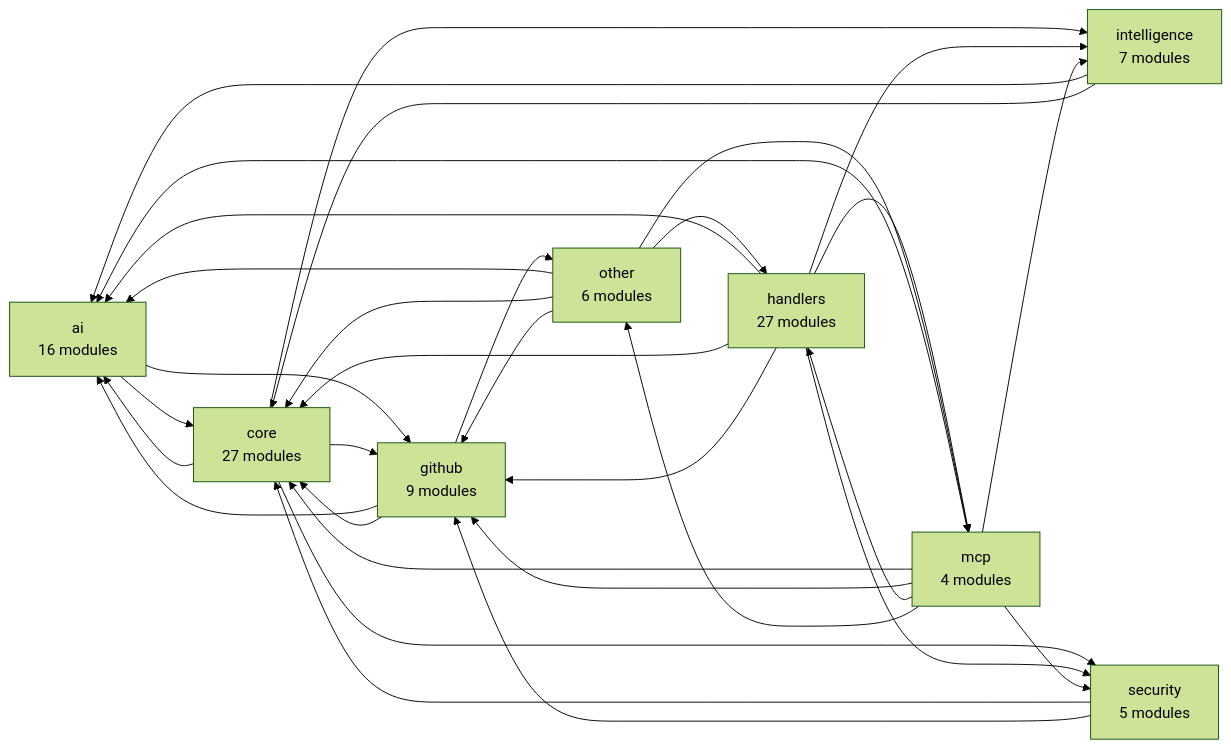
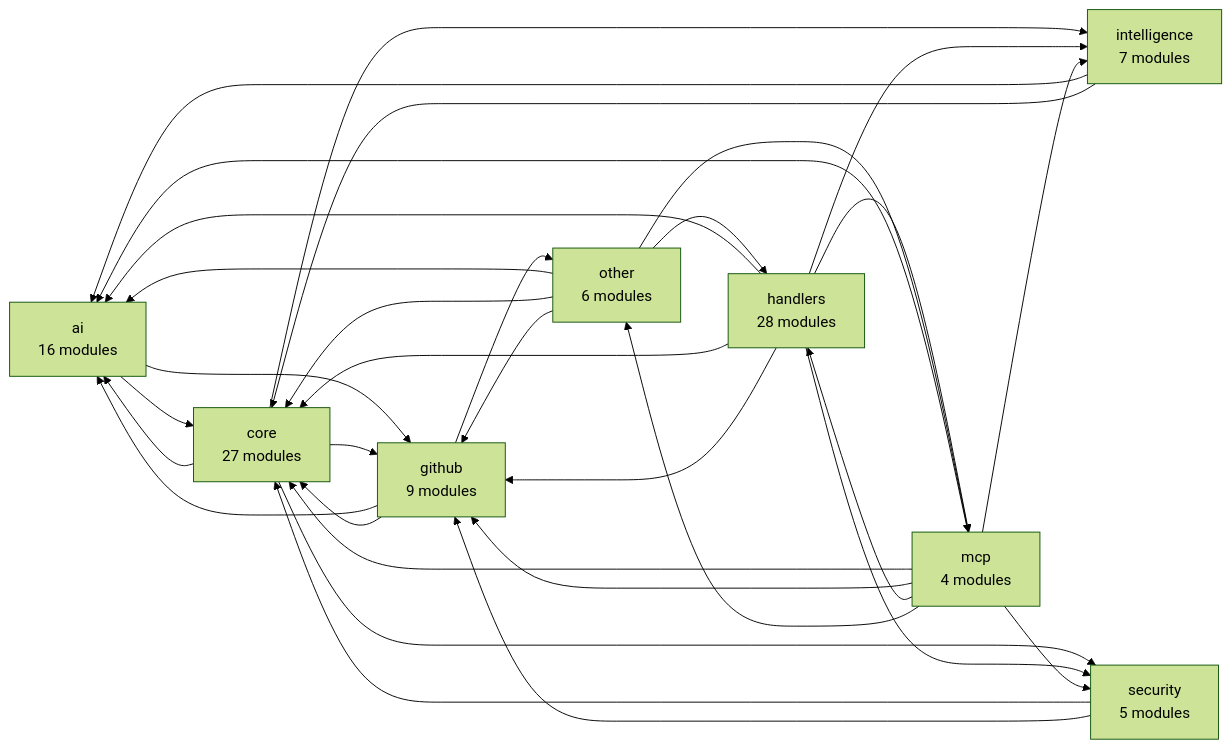
The second of 2 diagrams in README.md (Shweta-Mishra-ai/github-autopilot), drawn with Mermaid (forest theme) before and after one commit. The commit also changed other lines of this file and 13 other files, not shown here.

````diff
--- a/README.md
+++ b/README.md
@@ -401,42 +401,42 @@
 ```mermaid
 graph LR
     ai["ai<br/>16 modules"]
     core["core<br/>27 modules"]
     github["github<br/>9 modules"]
-    handlers["handlers<br/>27 modules"]
+    handlers["handlers<br/>28 modules"]
     intelligence["intelligence<br/>7 modules"]
     mcp["mcp<br/>4 modules"]
     other["other<br/>6 modules"]
     security["security<br/>5 modules"]
     ai --> core
     ai --> github
     core --> ai
     core --> github
     core --> intelligence
     core --> security
     github --> ai
     github --> core
     github --> other
     handlers --> ai
     handlers --> core
     handlers --> github
     handlers --> intelligence
     handlers --> mcp
     handlers --> security
     intelligence --> ai
     intelligence --> core
     mcp --> ai
     mcp --> core
     mcp --> github
     mcp --> handlers
     mcp --> intelligence
     mcp --> other
     mcp --> security
     other --> ai
     other --> core
     other --> github
     other --> handlers
     other --> mcp
     security --> core
     security --> github
 ```
````
